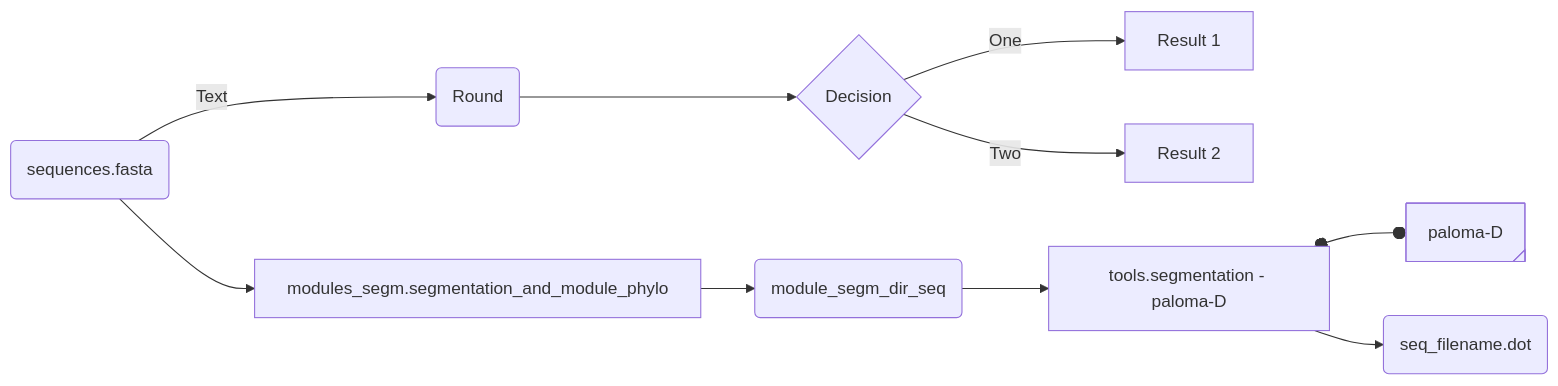
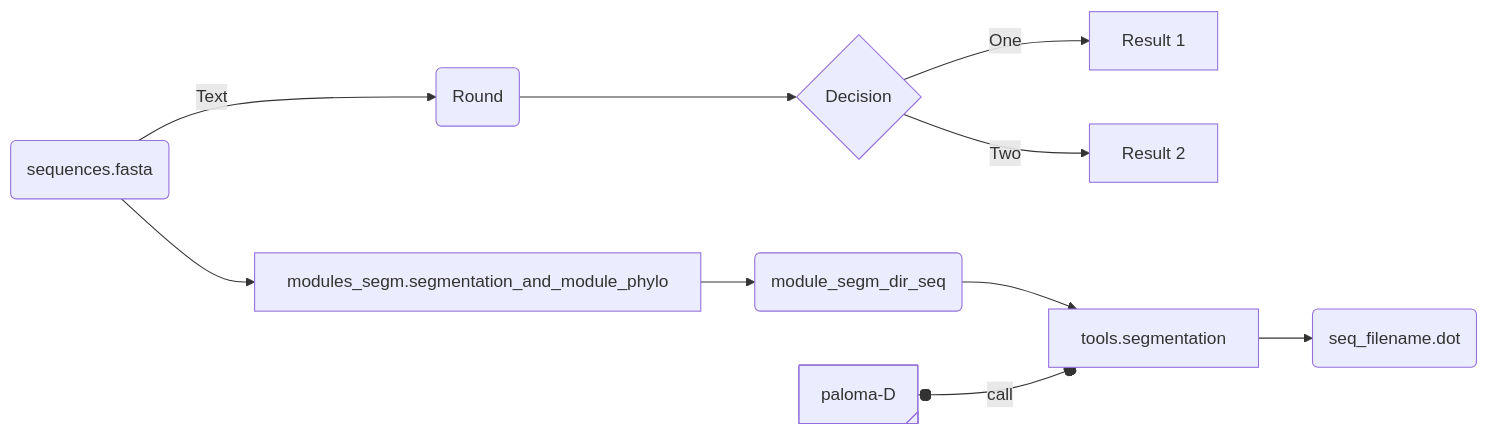
The diagram in README.md (OcMalde/fuse-phylotree), drawn with Mermaid before and after one commit.

Commit message:
readme mermaid test

````diff
--- a/README.md
+++ b/README.md
@@ -19,17 +19,17 @@
 ```mermaid
 flowchart LR
 
 A[Hard] -->|Text| B(Round)
 B --> C{Decision}
 C -->|One| D[Result 1]
 C -->|Two| E[Result 2]
 
 
 
 A(sequences.fasta) --> m1[modules_segm.segmentation_and_module_phylo]
 m1 --> m2(module_segm_dir_seq)
-m2 --> m3[tools.segmentation - paloma-D]
-m3 o--o m5@{ shape: tag-rect, label: "paloma-D" }
+m2 --> m3[tools.segmentation]
+m5@{ shape: tag-rect, label: "paloma-D" } o--o|call| m3
 m3 --> m4(seq_filename.dot)
 
 ```
````
